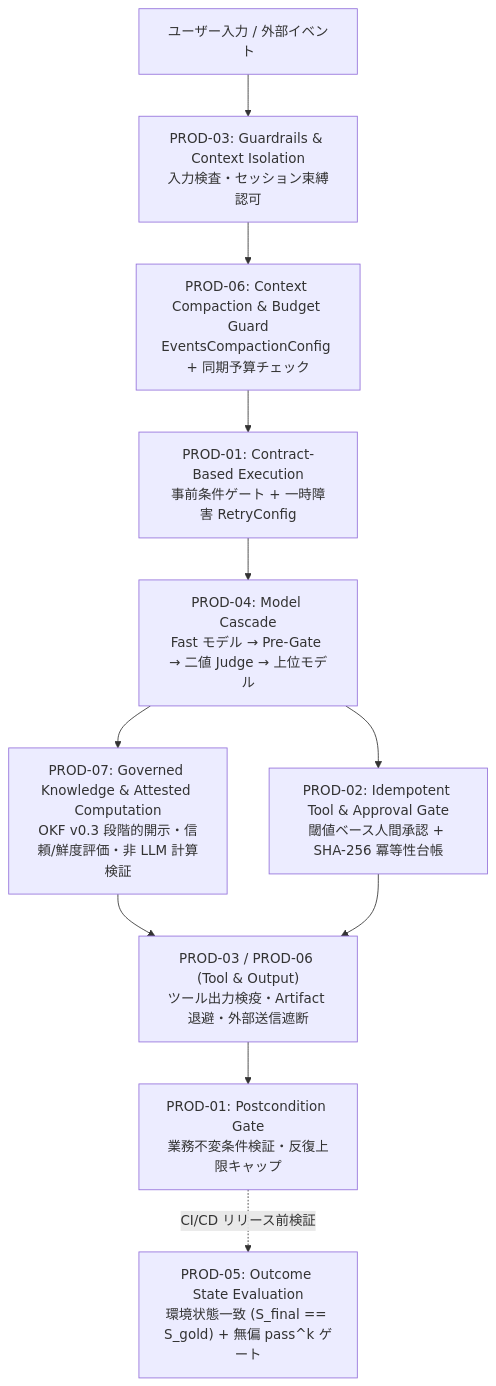
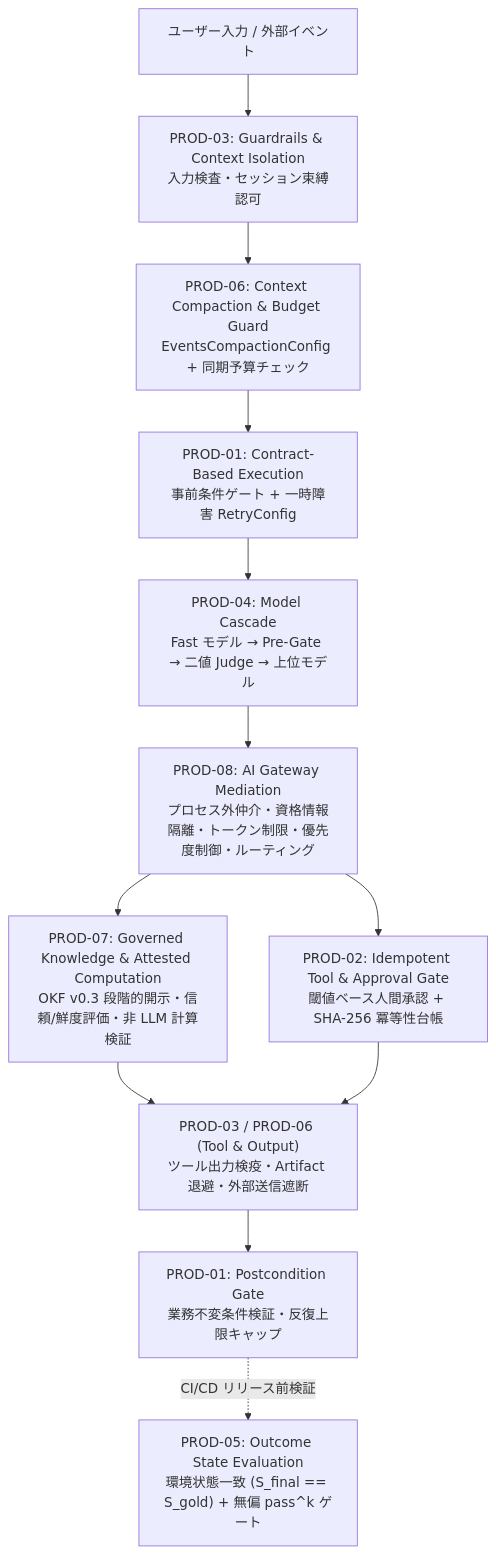
Before and after one commit to tyorikan/agent-design-patterns: the diagram in production_patterns/README.md, drawn with Mermaid. The commit also changed other lines of this file and 11 other files, not shown here.

Commit message:
feat(prod08): add product-agnostic AI Gateway Mediation pattern

````diff
--- a/production_patterns/README.md
+++ b/production_patterns/README.md
@@ -11,13 +11,14 @@
 ```mermaid
 flowchart TB
     Req["ユーザー入力 / 外部イベント"] --> P3In["PROD-03: Guardrails & Context Isolation<br/>入力検査・セッション束縛認可"]
     P3In --> P6Pre["PROD-06: Context Compaction & Budget Guard<br/>EventsCompactionConfig + 同期予算チェック"]
     P6Pre --> P1Pre["PROD-01: Contract-Based Execution<br/>事前条件ゲート + 一時障害 RetryConfig"]
     P1Pre --> P4["PROD-04: Model Cascade<br/>Fast モデル → Pre-Gate → 二値 Judge → 上位モデル"]
-    P4 --> P7["PROD-07: Governed Knowledge & Attested Computation<br/>OKF v0.3 段階的開示・信頼/鮮度評価・非 LLM 計算検証"]
-    P4 --> P2["PROD-02: Idempotent Tool & Approval Gate<br/>閾値ベース人間承認 + SHA-256 冪等性台帳"]
+    P4 --> P8["PROD-08: AI Gateway Mediation<br/>プロセス外仲介・資格情報隔離・トークン制限・優先度制御・ルーティング"]
+    P8 --> P7["PROD-07: Governed Knowledge & Attested Computation<br/>OKF v0.3 段階的開示・信頼/鮮度評価・非 LLM 計算検証"]
+    P8 --> P2["PROD-02: Idempotent Tool & Approval Gate<br/>閾値ベース人間承認 + SHA-256 冪等性台帳"]
     P7 --> P3Out["PROD-03 / PROD-06 (Tool & Output)<br/>ツール出力検疫・Artifact 退避・外部送信遮断"]
     P2 --> P3Out
     P3Out --> P1Post["PROD-01: Postcondition Gate<br/>業務不変条件検証・反復上限キャップ"]
     P1Post -.->|"CI/CD リリース前検証"| P5["PROD-05: Outcome State Evaluation<br/>環境状態一致 (S_final == S_gold) + 無偏 pass^k ゲート"]
 ```
````
